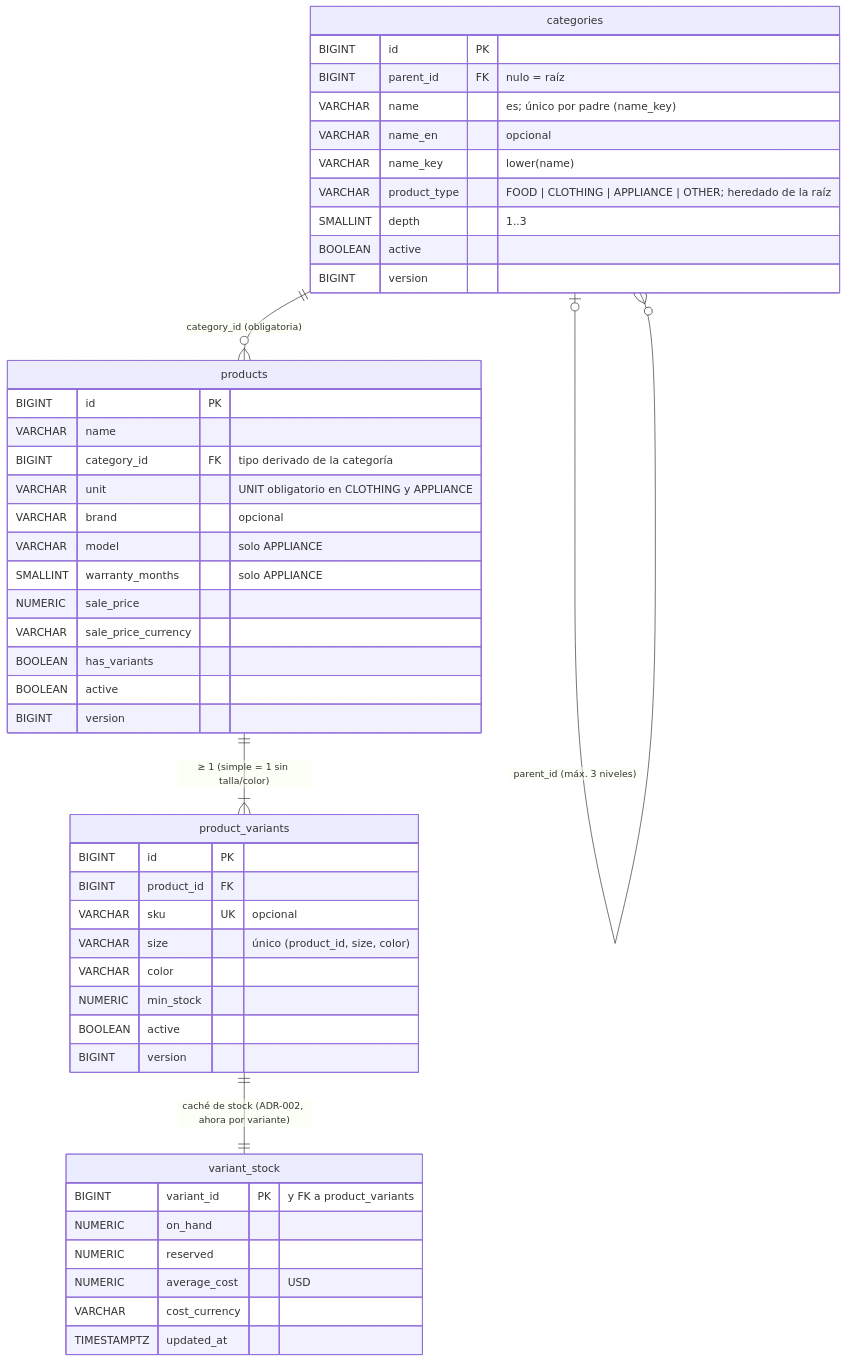
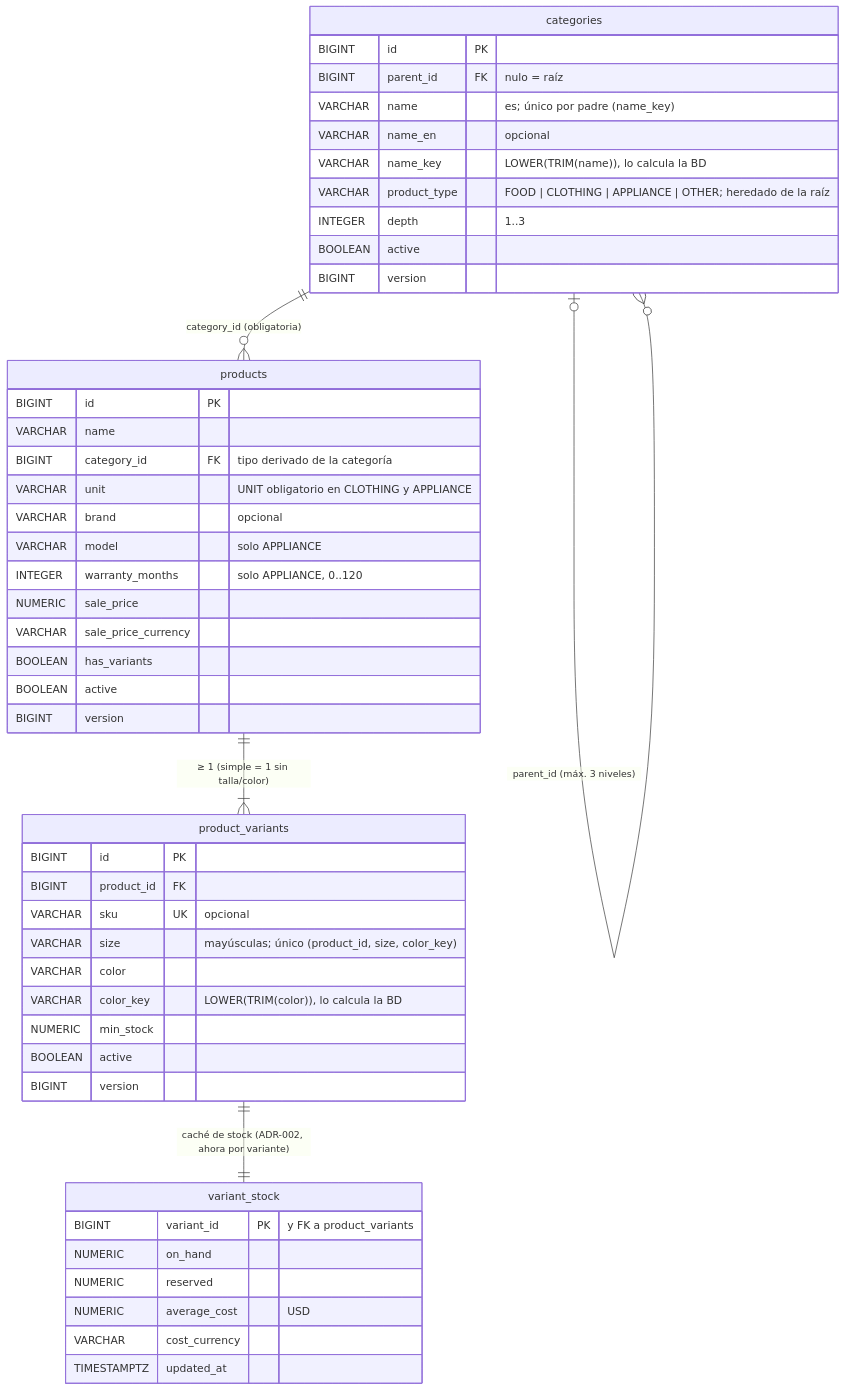
The second of 2 diagrams in docs/analysis/diagrams/er.md (mariobejerano/cuartico), drawn with Mermaid before and after one commit. The commit also changed 6 other files, not shown here.

````diff
--- a/docs/analysis/diagrams/er.md
+++ b/docs/analysis/diagrams/er.md
@@ -70,51 +70,52 @@
 ```mermaid
 erDiagram
     categories |o--o{ categories : "parent_id (máx. 3 niveles)"
     categories ||--o{ products : "category_id (obligatoria)"
     products ||--|{ product_variants : "≥ 1 (simple = 1 sin talla/color)"
     product_variants ||--|| variant_stock : "caché de stock (ADR-002, ahora por variante)"
 
     categories {
         BIGINT id PK
         BIGINT parent_id FK "nulo = raíz"
         VARCHAR name "es; único por padre (name_key)"
         VARCHAR name_en "opcional"
-        VARCHAR name_key "lower(name)"
+        VARCHAR name_key "LOWER(TRIM(name)), lo calcula la BD"
         VARCHAR product_type "FOOD | CLOTHING | APPLIANCE | OTHER; heredado de la raíz"
-        SMALLINT depth "1..3"
+        INTEGER depth "1..3"
         BOOLEAN active
         BIGINT version
     }
     products {
         BIGINT id PK
         VARCHAR name
         BIGINT category_id FK "tipo derivado de la categoría"
         VARCHAR unit "UNIT obligatorio en CLOTHING y APPLIANCE"
         VARCHAR brand "opcional"
         VARCHAR model "solo APPLIANCE"
-        SMALLINT warranty_months "solo APPLIANCE"
+        INTEGER warranty_months "solo APPLIANCE, 0..120"
         NUMERIC sale_price
         VARCHAR sale_price_currency
         BOOLEAN has_variants
         BOOLEAN active
         BIGINT version
     }
     product_variants {
         BIGINT id PK
         BIGINT product_id FK
         VARCHAR sku UK "opcional"
-        VARCHAR size "único (product_id, size, color)"
+        VARCHAR size "mayúsculas; único (product_id, size, color_key)"
         VARCHAR color
+        VARCHAR color_key "LOWER(TRIM(color)), lo calcula la BD"
         NUMERIC min_stock
         BOOLEAN active
         BIGINT version
     }
     variant_stock {
         BIGINT variant_id PK "y FK a product_variants"
         NUMERIC on_hand
         NUMERIC reserved
         NUMERIC average_cost "USD"
         VARCHAR cost_currency
         TIMESTAMPTZ updated_at
     }
 ```
````
